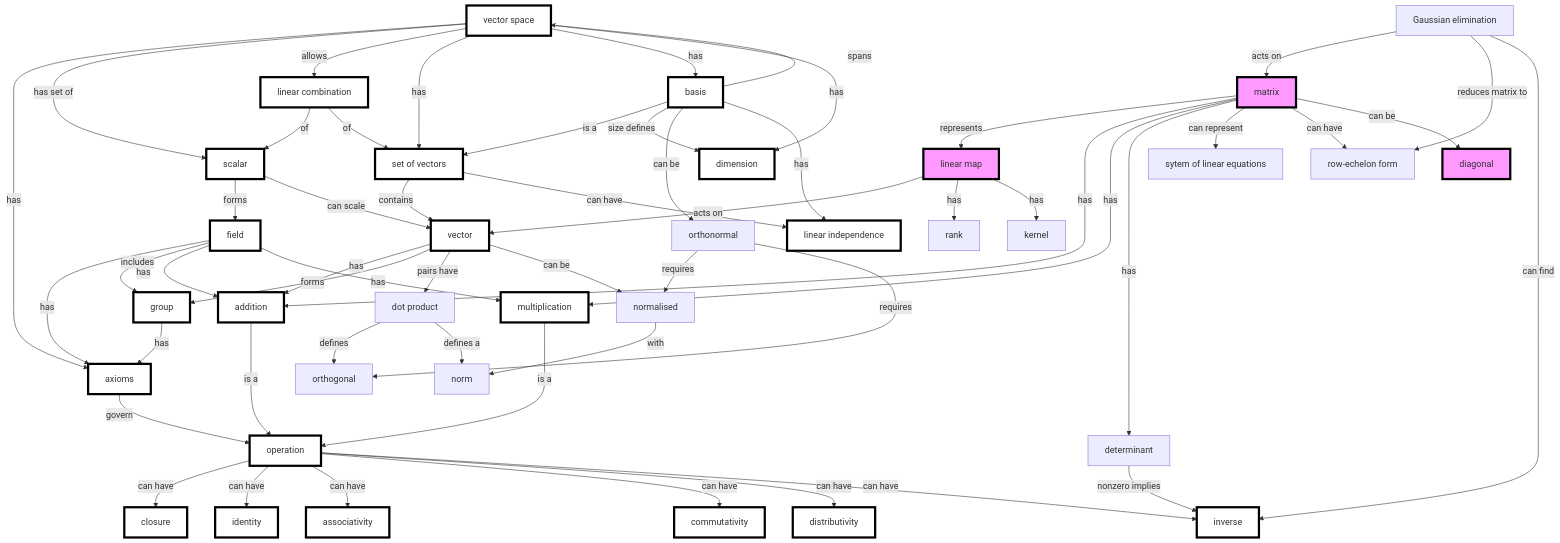
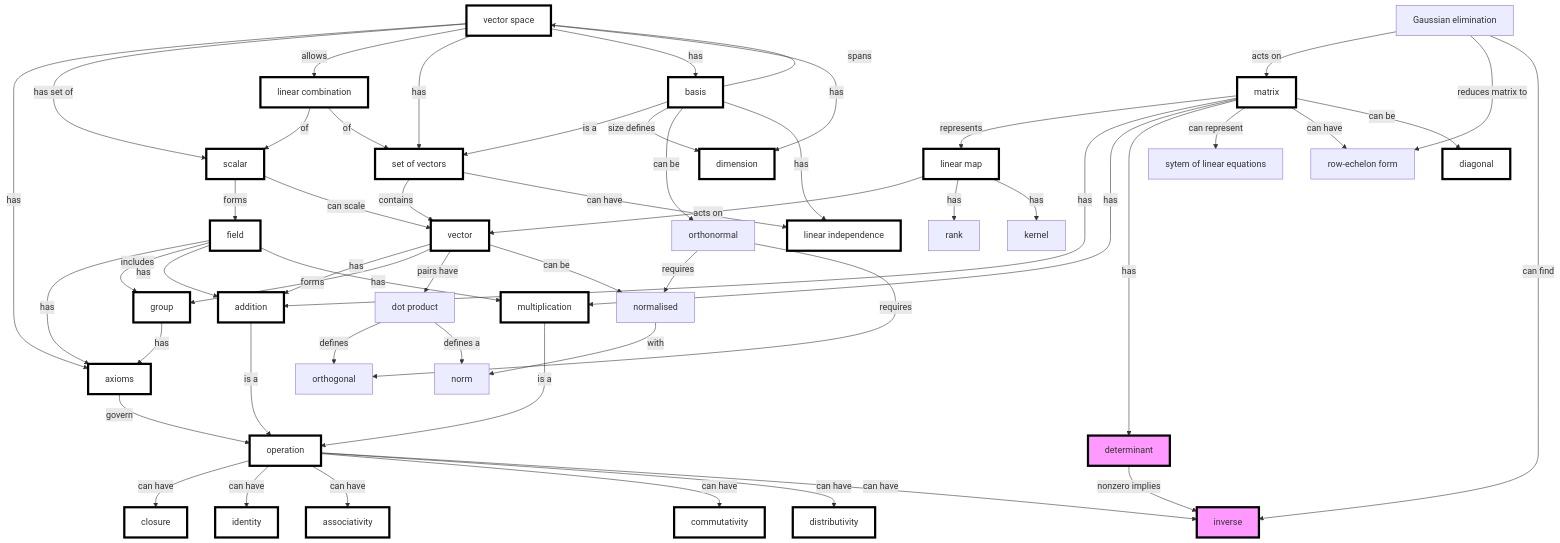
The diagram in concepts.mmd (stevenaeola/linalg_lectures), drawn with Mermaid before and after one commit.

Commit message:
determinant and (matrix) inverse

```diff
--- a/concepts.mmd
+++ b/concepts.mmd
@@ -1,76 +1,76 @@
 graph TB
     op[operation]:::previous -- can have --> closure:::previous
     op -- can have --> identity:::previous
     op -- can have --> associativity:::previous
     op -- can have --> commutativity:::previous
     op -- can have --> distributivity:::previous
-    op -- can have --> inverse:::previous
+    op -- can have --> inverse:::today
 
 
     scalar -- forms --> field
 
     scalar:::previous -- can scale --> vector
 
 
     vector:::previous -- has  --> add
     vector:::previous -- forms --> group
     vector -- pairs have --> dp[dot product]
     dp -- defines --> orthogonal
     vector -- can be --> normalised
     normalised -- with --> norm
     vs:::previous -- has --> axioms
 
     vs -- has set of --> scalar
     vs -- allows --> lincomb[linear combination]
     vs[vector space] -- has --> vectorset
 
     vs -- has --> basis
 
     vs -- has --> dimension
 
     vectorset:::previous -- contains --> vector
     basis:::previous -- spans --> vs
     lincomb:::previous -- of --> scalar
     lincomb -- of --> vectorset
     field:::previous -- has --> axioms
     group:::previous -- has --> axioms
     field -- includes --> group
 
     field -- has --> add
     field -- has  --> times
     basis -- is a --> vectorset
     basis -- size defines --> dimension:::previous
     basis -- can be -->orthonormal
     orthonormal -- requires --> normalised
 
     orthonormal -- requires --> orthogonal
     dp -- defines a --> norm
 
 
     
 
 
-lm[linear map]:::today -- acts on --> vector
-matrix:::today -- represents --> lm
+lm[linear map]:::previous -- acts on --> vector
+matrix:::previous -- represents --> lm
 matrix -- has --> add
 matrix -- has --> times
 matrix -- has --> determinant
-determinant -- nonzero implies --> inverse
+determinant:::today -- nonzero implies --> inverse
 matrix -- can represent --> lineq[sytem of linear equations]
 ge[Gaussian elimination] -- acts on --> matrix
 ge -- reduces matrix to --> ref[row-echelon form]
 matrix -- can have --> ref
-matrix -- can be --> diagonal:::today
+matrix -- can be --> diagonal:::previous
 
 vectorset[set of vectors]
 vectorset -- can have --> indep[linear independence]:::previous
 basis -- has --> indep
 lm -- has --> rank
 lm -- has --> kernel
 add[addition]:::previous -- is a --> op
 times[multiplication]:::previous -- is a --> op
 ge -- can find --> inverse
 axioms:::previous -- govern --> op
 
 classDef today fill:#f9f,stroke:#000,stroke-width:4px;
 classDef previous fill:#fff,stroke:#000,stroke-width:4px;
```
